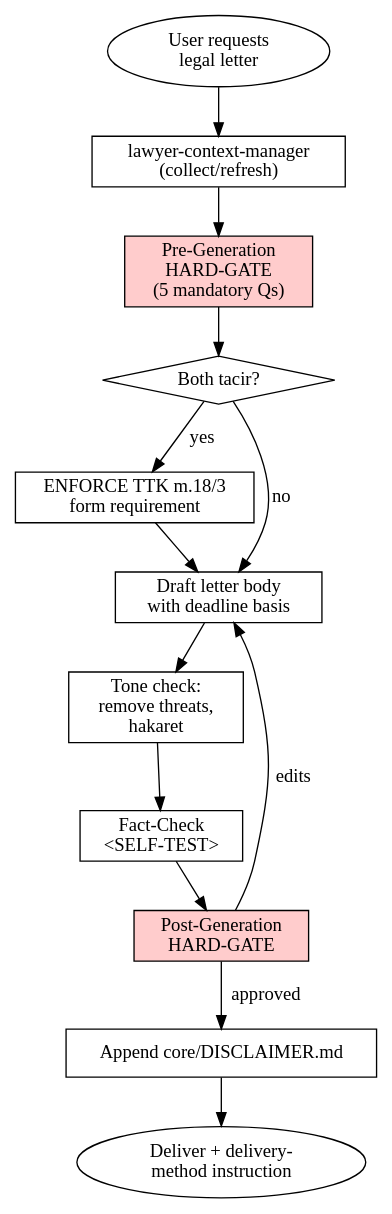
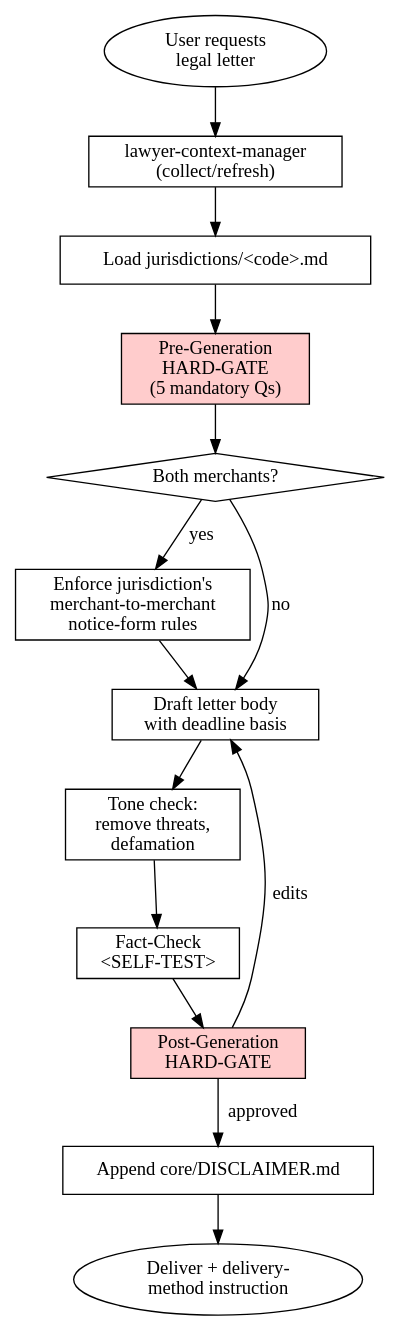
The diagram in skills/legal-letter/SKILL.md (avSercanKoc/superlex-skills), drawn with Graphviz before and after one commit. The commit also changed other lines of this file and 10 other files, not shown here.

````diff
--- a/skills/legal-letter/SKILL.md
+++ b/skills/legal-letter/SKILL.md
@@ -65,29 +73,31 @@
 ```dot
 digraph legal_letter_flow {
     rankdir=TB;
     start     [label="User requests\nlegal letter" shape=ellipse];
     context   [label="lawyer-context-manager\n(collect/refresh)" shape=box];
+    load      [label="Load jurisdictions/<code>.md" shape=box];
     hardgate1 [label="Pre-Generation\nHARD-GATE\n(5 mandatory Qs)" shape=box style=filled fillcolor="#ffcccc"];
-    ttk_check [label="Both tacir?" shape=diamond];
-    ttk_warn  [label="ENFORCE TTK m.18/3\nform requirement" shape=box];
+    merchant  [label="Both merchants?" shape=diamond];
+    mform     [label="Enforce jurisdiction's\nmerchant-to-merchant\nnotice-form rules" shape=box];
     draft     [label="Draft letter body\nwith deadline basis" shape=box];
-    tone      [label="Tone check:\nremove threats,\nhakaret" shape=box];
+    tone      [label="Tone check:\nremove threats,\ndefamation" shape=box];
     selftest  [label="Fact-Check\n<SELF-TEST>" shape=box];
     hardgate2 [label="Post-Generation\nHARD-GATE" shape=box style=filled fillcolor="#ffcccc"];
     disclaim  [label="Append core/DISCLAIMER.md" shape=box];
     deliver   [label="Deliver + delivery-\nmethod instruction" shape=ellipse];
 
     start     -> context;
-    context   -> hardgate1;
-    hardgate1 -> ttk_check;
-    ttk_check -> ttk_warn  [label="yes"];
-    ttk_check -> draft     [label="no"];
-    ttk_warn  -> draft;
+    context   -> load;
+    load      -> hardgate1;
+    hardgate1 -> merchant;
+    merchant  -> mform   [label="yes"];
+    merchant  -> draft   [label="no"];
+    mform     -> draft;
     draft     -> tone;
     tone      -> selftest;
     selftest  -> hardgate2;
-    hardgate2 -> disclaim  [label="approved"];
-    hardgate2 -> draft     [label="edits"];
+    hardgate2 -> disclaim [label="approved"];
+    hardgate2 -> draft    [label="edits"];
     disclaim  -> deliver;
 }
 ```
````
